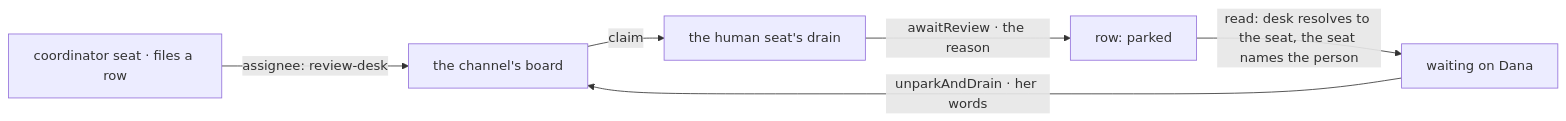
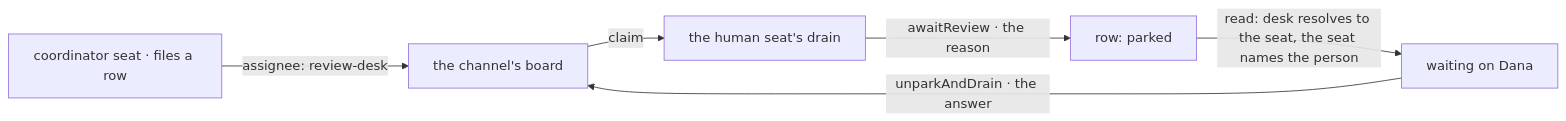
Before and after one commit to fixpoint-labs/flow-state-dev: the diagram in spec/FIX-1458/SPEC.md, drawn with Mermaid. The commit also changed other lines of this file and 7 other files, not shown here.

````diff
--- a/spec/FIX-1458/SPEC.md
+++ b/spec/FIX-1458/SPEC.md
@@ -48,8 +48,8 @@
 ```mermaid
 flowchart LR
   C["coordinator seat · files a row"] -->|"assignee: review-desk"| B["the channel's board"]
   B -->|"claim"| H["the human seat's drain"]
   H -->|"awaitReview · the reason"| P["row: parked"]
   P -->|"read: desk resolves to the seat, the seat names the person"| W["waiting on Dana"]
-  W -->|"unparkAndDrain · her words"| B
+  W -->|"unparkAndDrain · the answer"| B
 ```
````
